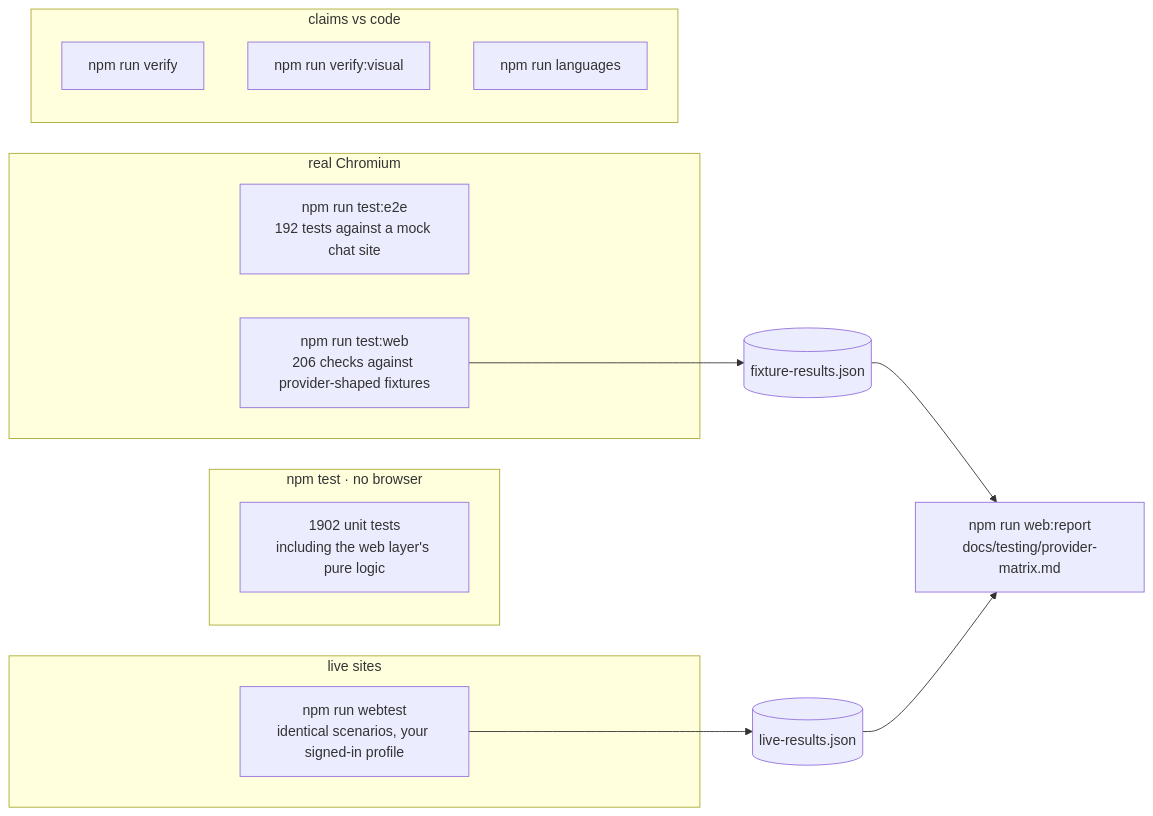
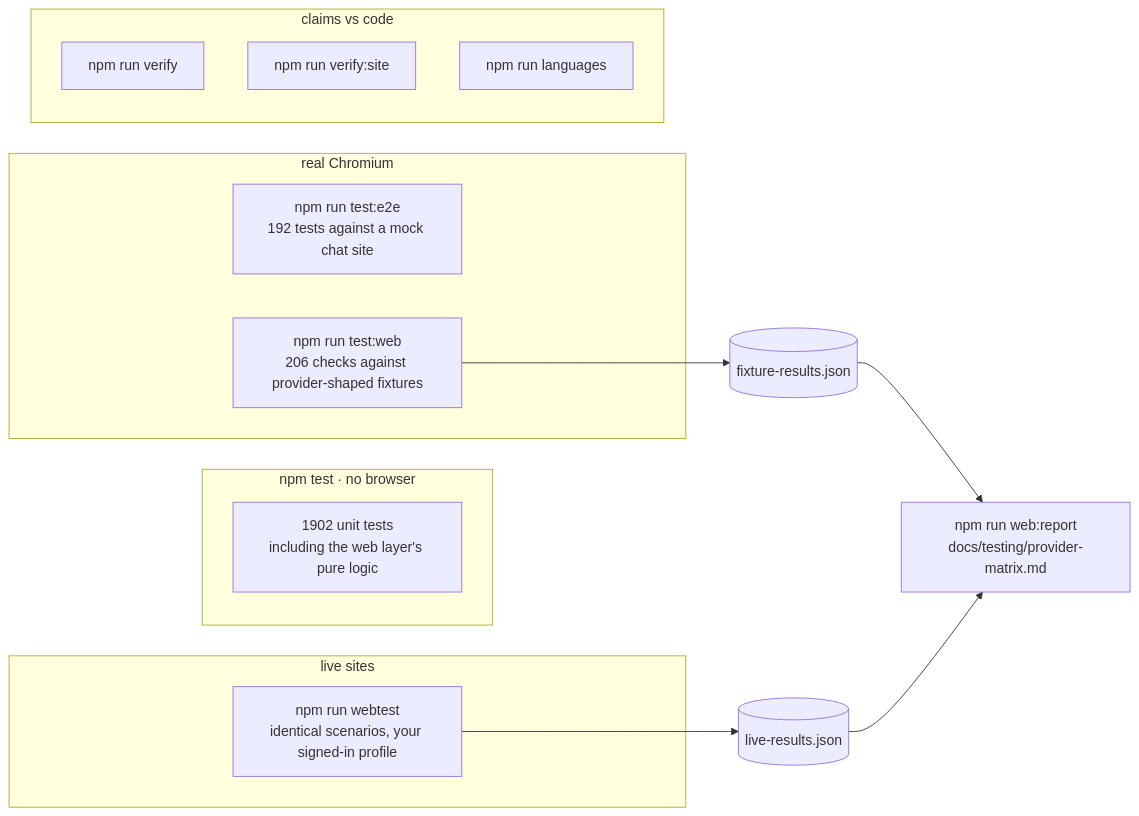
Before and after one commit to siddarth1872004/CloseNI: the eighth of 9 diagrams in README.md, drawn with Mermaid. The commit also changed other lines of this file and 7 other files, not shown here.

````diff
--- a/README.md
+++ b/README.md
@@ -593,21 +593,21 @@
 ```mermaid
 flowchart LR
     subgraph unit["npm test · no browser"]
         U1["1902 unit tests<br/>including the web layer's pure logic"]
     end
     subgraph browser["real Chromium"]
         E2E["npm run test:e2e<br/>192 tests against a mock chat site"]
         WEB["npm run test:web<br/>206 checks against provider-shaped fixtures"]
     end
     subgraph live["live sites"]
         WT["npm run webtest<br/>identical scenarios, your signed-in profile"]
     end
     subgraph meta["claims vs code"]
         VF["npm run verify"]
-        VV["npm run verify:visual"]
+        VV["npm run verify:site"]
         LG["npm run languages"]
     end
     WEB --> FR[("fixture-results.json")]
     WT --> LR[("live-results.json")]
     FR & LR --> REP["npm run web:report<br/>docs/testing/provider-matrix.md"]
 ```
````
